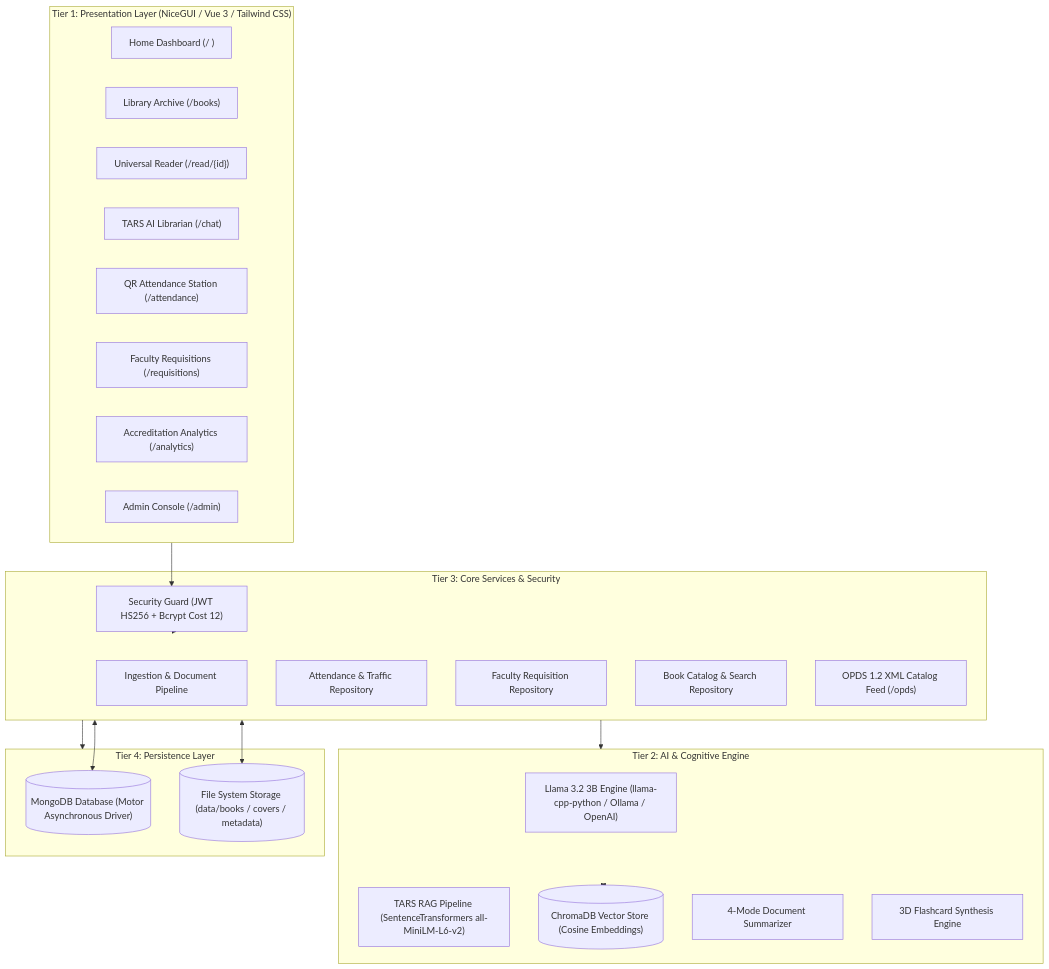
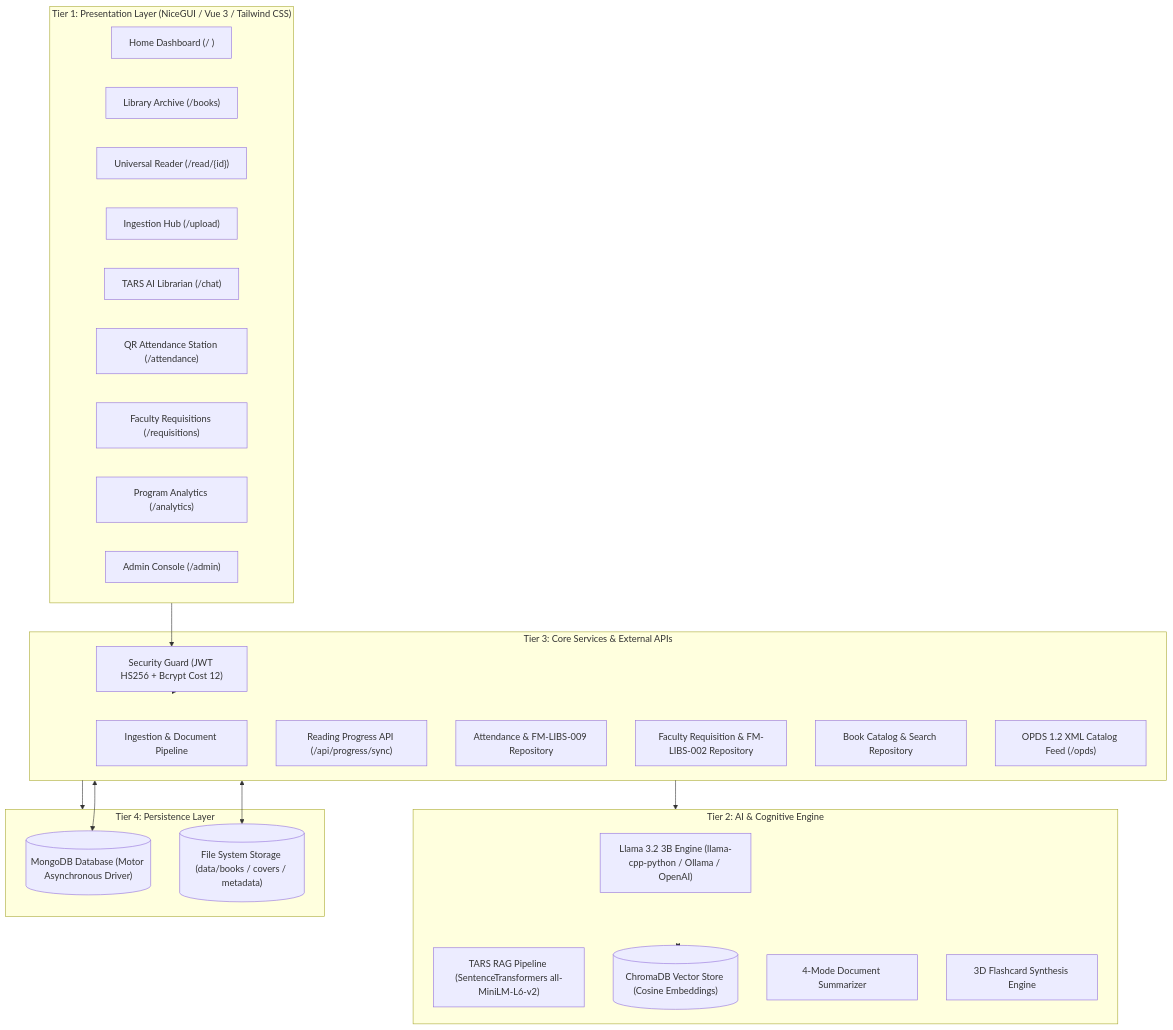
Before and after one commit to K1ezy/Kieser-s-Libre-Library: the diagram in README.md, drawn with Mermaid. The commit also changed other lines of this file and 38 other files, not shown here.

First line of the commit message:
feat: implement high-throughput progress sync, native PDF/EPUB readers, institutional FM-LIBS forms, RBAC UI, and dev tools

````diff
--- a/README.md
+++ b/README.md
@@ -75,43 +76,45 @@
 ```mermaid
 graph TD
     subgraph Presentation["Tier 1: Presentation Layer (NiceGUI / Vue 3 / Tailwind CSS)"]
         UI_Home["Home Dashboard (/ )"]
         UI_Library["Library Archive (/books)"]
         UI_Reader["Universal Reader (/read/{id})"]
+        UI_Ingest["Ingestion Hub (/upload)"]
         UI_Chat["TARS AI Librarian (/chat)"]
         UI_Attendance["QR Attendance Station (/attendance)"]
         UI_Requisitions["Faculty Requisitions (/requisitions)"]
-        UI_Analytics["Accreditation Analytics (/analytics)"]
+        UI_Analytics["Program Analytics (/analytics)"]
         UI_Admin["Admin Console (/admin)"]
     end
 
     subgraph Intelligence["Tier 2: AI & Cognitive Engine"]
         LLM["Llama 3.2 3B Engine (llama-cpp-python / Ollama / OpenAI)"]
         RAG["TARS RAG Pipeline (SentenceTransformers all-MiniLM-L6-v2)"]
         VectorDB[("ChromaDB Vector Store (Cosine Embeddings)")]
         Summarizer["4-Mode Document Summarizer"]
         Flashcards["3D Flashcard Synthesis Engine"]
     end
 
-    subgraph Business["Tier 3: Core Services & Security"]
+    subgraph Business["Tier 3: Core Services & External APIs"]
         AuthService["Security Guard (JWT HS256 + Bcrypt Cost 12)"]
         IngestService["Ingestion & Document Pipeline"]
-        AttendanceRepo["Attendance & Traffic Repository"]
-        RequisitionRepo["Faculty Requisition Repository"]
+        ProgressRouter["Reading Progress API (/api/progress/sync)"]
+        AttendanceRepo["Attendance & FM-LIBS-009 Repository"]
+        RequisitionRepo["Faculty Requisition & FM-LIBS-002 Repository"]
         BookRepo["Book Catalog & Search Repository"]
         OPDSRouter["OPDS 1.2 XML Catalog Feed (/opds)"]
     end
 
     subgraph Persistence["Tier 4: Persistence Layer"]
         MongoDB[("MongoDB Database (Motor Asynchronous Driver)")]
         DocStore[("File System Storage (data/books / covers / metadata)")]
     end
 
     Presentation --> AuthService
     AuthService --> Business
     Business --> Intelligence
     Business --> Persistence
     Intelligence <--> VectorDB
     Business <--> MongoDB
     Business <--> DocStore
 ```
````
